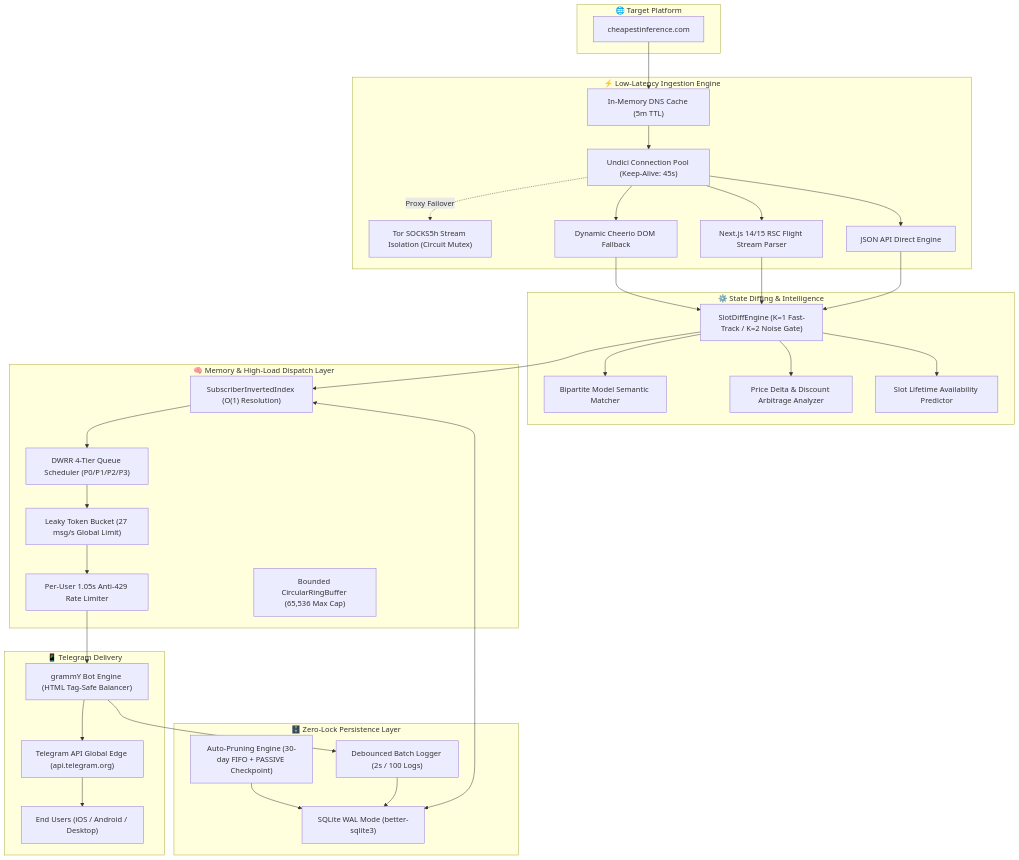
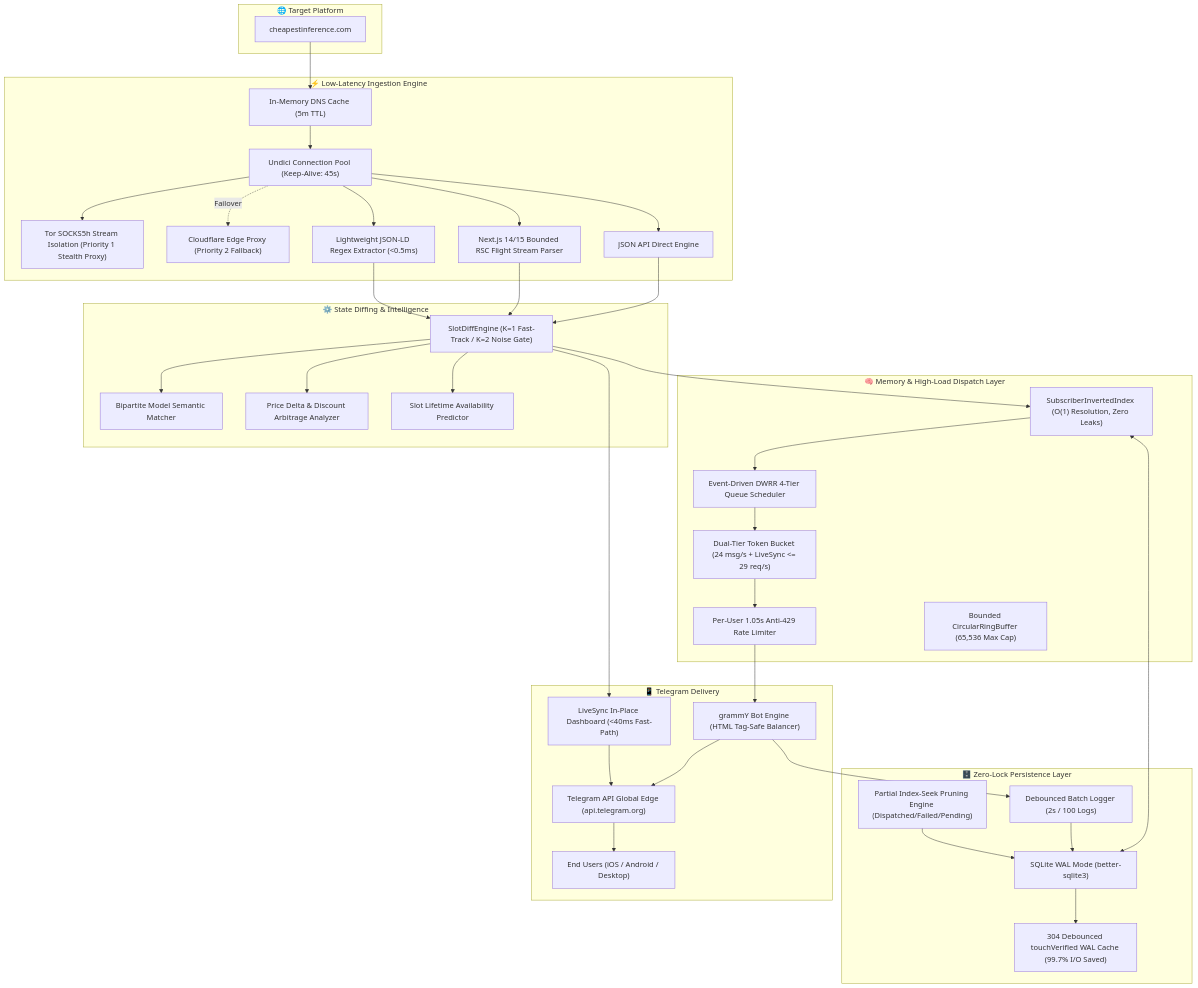
One commit to grizlizora/cheapestinference-bot changed the diagram in README.md. Above: the diagram before and after it, drawn with Mermaid. The commit also changed other lines of this file, not shown here.

Commit message:
docs: update README architecture, latency benchmarks, and resource limits

````diff
--- a/README.md
+++ b/README.md
@@ -82,57 +82,64 @@
 ```mermaid
 flowchart TD
     subgraph Target["🌐 Target Platform"]
         CI["cheapestinference.com"]
     end
 
     subgraph Ingestion["⚡ Low-Latency Ingestion Engine"]
         DNS["In-Memory DNS Cache (5m TTL)"]
         HTTP["Undici Connection Pool (Keep-Alive: 45s)"]
-        TOR["Tor SOCKS5h Stream Isolation (Circuit Mutex)"]
-        RSC["Next.js 14/15 RSC Flight Stream Parser"]
+        TOR["Tor SOCKS5h Stream Isolation (Priority 1 Stealth Proxy)"]
+        WORKER["Cloudflare Edge Proxy (Priority 2 Fallback)"]
+        RSC["Next.js 14/15 Bounded RSC Flight Stream Parser"]
         JSON["JSON API Direct Engine"]
-        DOM["Dynamic Cheerio DOM Fallback"]
+        JSONLD["Lightweight JSON-LD Regex Extractor (<0.5ms)"]
     end
 
     subgraph StateMachine["⚙️ State Diffing & Intelligence"]
         DIFF["SlotDiffEngine (K=1 Fast-Track / K=2 Noise Gate)"]
         SEMANTIC["Bipartite Model Semantic Matcher"]
         PRICE["Price Delta & Discount Arbitrage Analyzer"]
         INTEL["Slot Lifetime Availability Predictor"]
     end
 
     subgraph MemoryLayer["🧠 Memory & High-Load Dispatch Layer"]
-        INDEX["SubscriberInvertedIndex (O(1) Resolution)"]
-        DWRR["DWRR 4-Tier Queue Scheduler (P0/P1/P2/P3)"]
-        TOKEN["Leaky Token Bucket (27 msg/s Global Limit)"]
+        INDEX["SubscriberInvertedIndex (O(1) Resolution, Zero Leaks)"]
+        DWRR["Event-Driven DWRR 4-Tier Queue Scheduler"]
+        TOKEN["Dual-Tier Token Bucket (24 msg/s + LiveSync <= 29 req/s)"]
         GAP["Per-User 1.05s Anti-429 Rate Limiter"]
         RING["Bounded CircularRingBuffer (65,536 Max Cap)"]
     end
 
     subgraph Storage["🗄️ Zero-Lock Persistence Layer"]
         SQLITE["SQLite WAL Mode (better-sqlite3)"]
+        WAL_CACHE["304 Debounced touchVerified WAL Cache (99.7% I/O Saved)"]
         LOGS["Debounced Batch Logger (2s / 100 Logs)"]
-        MAINT["Auto-Pruning Engine (30-day FIFO + PASSIVE Checkpoint)"]
+        MAINT["Partial Index-Seek Pruning Engine (Dispatched/Failed/Pending)"]
     end
 
     subgraph Output["📱 Telegram Delivery"]
         BOT["grammY Bot Engine (HTML Tag-Safe Balancer)"]
         TG["Telegram API Global Edge (api.telegram.org)"]
+        LIVESYNC["LiveSync In-Place Dashboard (<40ms Fast-Path)"]
         USERS["End Users (iOS / Android / Desktop)"]
     end
 
     CI --> DNS --> HTTP
-    HTTP -.->|Proxy Failover| TOR
+    HTTP --> TOR
+    HTTP -.->|Failover| WORKER
     HTTP --> JSON
     HTTP --> RSC
-    HTTP --> DOM
-    JSON & RSC & DOM --> DIFF
+    HTTP --> JSONLD
+    JSON & RSC & JSONLD --> DIFF
     DIFF --> SEMANTIC & PRICE & INTEL
     DIFF --> INDEX
+    DIFF --> LIVESYNC
     INDEX --> DWRR
     DWRR --> TOKEN --> GAP --> BOT
     BOT --> TG --> USERS
+    LIVESYNC --> TG
     INDEX <--> SQLITE
     BOT --> LOGS --> SQLITE
+    SQLITE --> WAL_CACHE
     MAINT --> SQLITE
 ```
````
